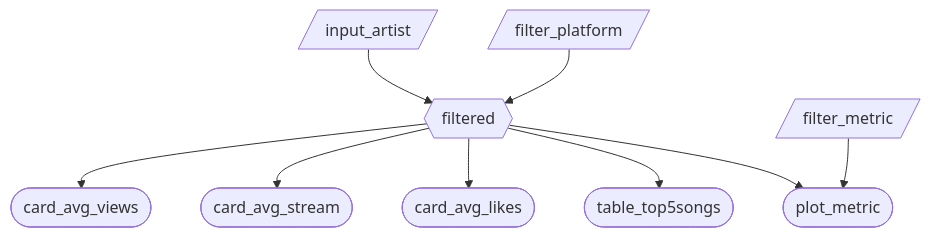
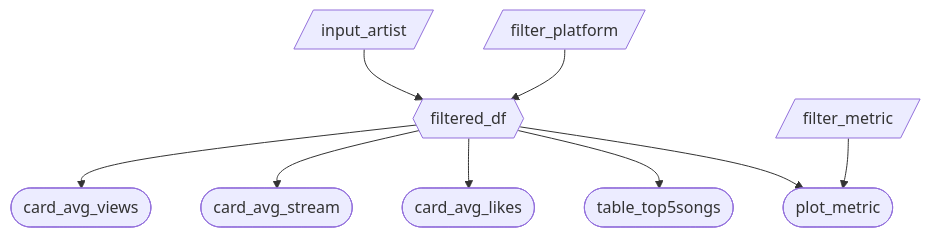
One commit to UBC-MDS/DSCI-532_2026_Group_31_Chartify changed the diagram in reports/m2_spec.md. Above: the diagram before and after it, drawn with Mermaid. The commit also changed other lines of this file, not shown here.

First line of the commit message:
Refactor component inventory and reactivity diagram

````diff
--- a/reports/m2_spec.md
+++ b/reports/m2_spec.md
@@ -27,11 +27,11 @@
 ```mermaid
 flowchart TD
-  In1[/input_artist/] --> F{{filtered}}
+  In1[/input_artist/] --> F{{filtered_df}}
   In2[/filter_platform/] --> F
   In3[/filter_metric/] --> P1([plot_metric])
   F --> C1([card_avg_views])
   F --> C2([card_avg_stream])
   F --> C3([card_avg_likes])
   F --> T1([table_top5songs])
   F --> P1
 ```
````
